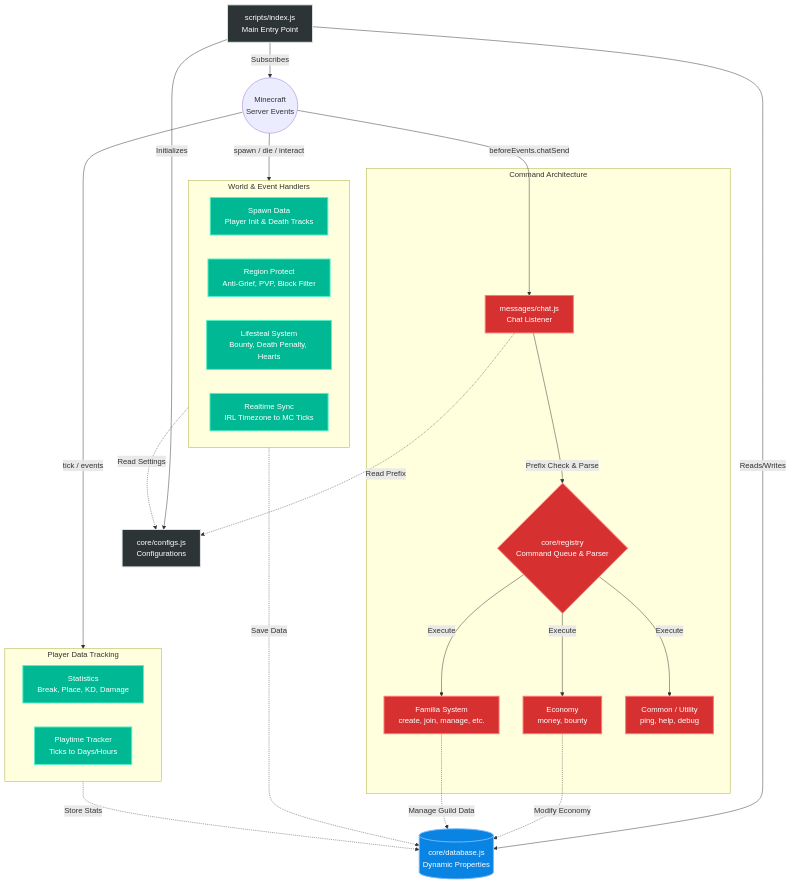
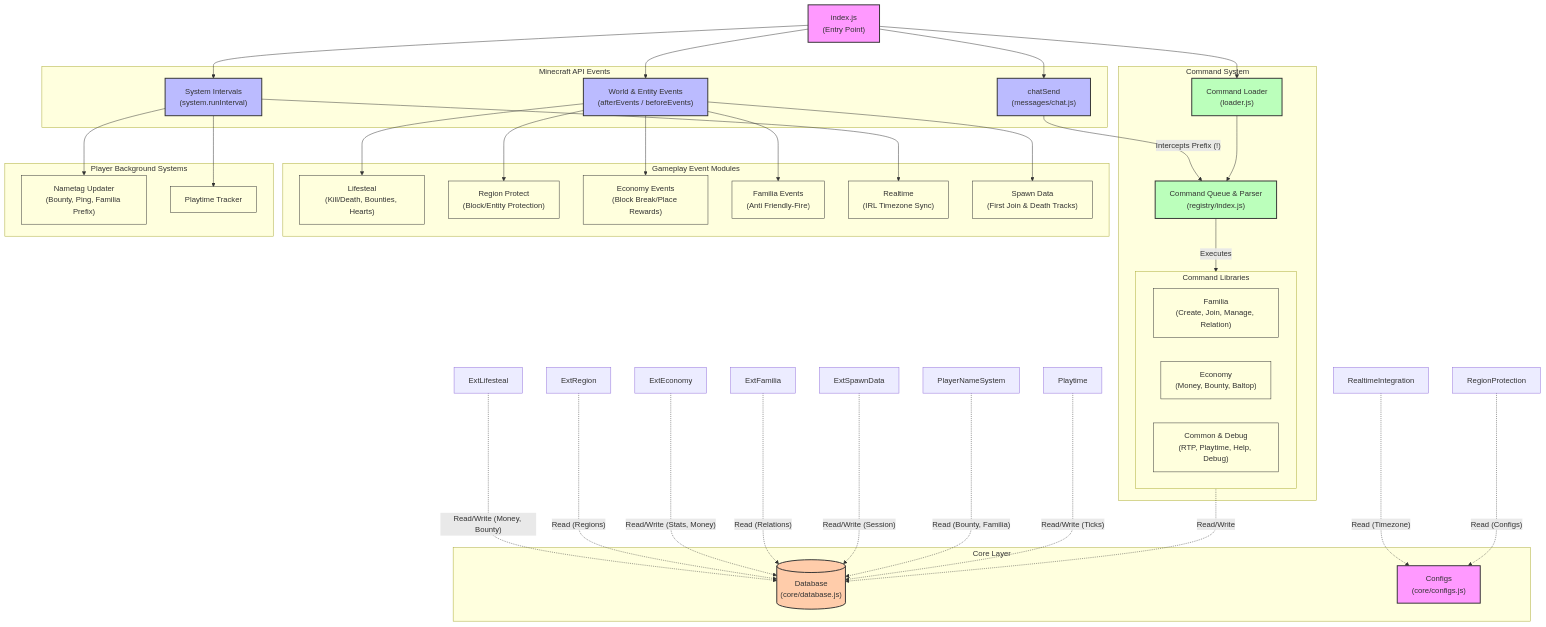
One commit to KuroReichi/insomnia changed the diagram in README.md. Above: the diagram before and after it, drawn with Mermaid. The commit also changed other lines of this file, not shown here.

Commit message:
Update code

````diff
--- a/README.md
+++ b/README.md
@@ -17,65 +22,91 @@
 ```mermaid
 graph TD
-    %% Core System
-    MC((Minecraft\nServer Events))
-    Index[scripts/index.js\nMain Entry Point]
-    DB[(core/database.js\nDynamic Properties)]
-    CFG[core/configs.js\nConfigurations]
+    %% Styling
+    classDef core fill:#f9f,stroke:#333,stroke-width:2px;
+    classDef db fill:#fca,stroke:#333,stroke-width:2px;
+    classDef event fill:#bbf,stroke:#333,stroke-width:2px;
+    classDef cmd fill:#bfb,stroke:#333,stroke-width:2px;
+    classDef module fill:#ffd,stroke:#333,stroke-width:1px;
 
-    %% Load Core
-    Index -->|Initializes| CFG
-    Index -->|Reads/Writes| DB
-    Index -->|Subscribes| MC
-
-    %% Event Modules
-    subgraph Event_Modules [World & Event Handlers]
-        Evt_Spawn[Spawn Data\nPlayer Init & Death Tracks]
-        Evt_Region[Region Protect\nAnti-Grief, PVP, Block Filter]
-        Evt_Lifesteal[Lifesteal System\nBounty, Death Penalty, Hearts]
-        Evt_Time[Realtime Sync\nIRL Timezone to MC Ticks]
+    %% --- CORE ---
+    subgraph CoreLayer ["Core Layer"]
+        DB[("Database\n(core/database.js)")]:::db
+        CFG["Configs\n(core/configs.js)"]:::core
     end
 
-    %% Data Trackers
-    subgraph Data_Trackers [Player Data Tracking]
-        Stat_Tracker[Statistics\nBreak, Place, KD, Damage]
-        Time_Tracker[Playtime Tracker\nTicks to Days/Hours]
+    %% --- ENTRY POINT ---
+    IDX["index.js\n(Entry Point)"]:::core
+    
+    %% --- MINECRAFT API EVENTS ---
+    subgraph MCApi ["Minecraft API Events"]
+        ChatEvt["chatSend\n(messages/chat.js)"]:::event
+        WorldEvt["World & Entity Events\n(afterEvents / beforeEvents)"]:::event
+        SysInt["System Intervals\n(system.runInterval)"]:::event
     end
 
-    MC -->|spawn / die / interact| Event_Modules
-    MC -->|tick / events| Data_Trackers
-
-    Event_Modules -.->|Save Data| DB
-    Data_Trackers -.->|Store Stats| DB
-    Event_Modules -.->|Read Settings| CFG
-
-    %% Command Engine
-    subgraph Command_System [Command Architecture]
-        Chat[messages/chat.js\nChat Listener]
-        CmdRegistry{core/registry\nCommand Queue & Parser}
-
-        Cmd_Eco[Economy\nmoney, bounty]
-        Cmd_Fam[Familia System\ncreate, join, manage, etc.]
-        Cmd_Misc[Common / Utility\nping, help, debug]
+    %% --- COMMAND SYSTEM ---
+    subgraph CmdSys ["Command System"]
+        CmdQueue["Command Queue & Parser\n(registry/index.js)"]:::cmd
+        CmdLoader["Command Loader\n(loader.js)"]:::cmd
+        
+        subgraph CmdLibs ["Command Libraries"]
+            CmdFam["Familia\n(Create, Join, Manage, Relation)"]:::module
+            CmdEco["Economy\n(Money, Bounty, Baltop)"]:::module
+            CmdCom["Common & Debug\n(RTP, Playtime, Help, Debug)"]:::module
+        end
     end
 
-    MC -->|beforeEvents.chatSend| Chat
-    Chat -->|Prefix Check & Parse| CmdRegistry
-    CmdRegistry -->|Execute| Cmd_Eco
-    CmdRegistry -->|Execute| Cmd_Fam
-    CmdRegistry -->|Execute| Cmd_Misc
+    %% --- GAMEPLAY EVENT MODULES ---
+    subgraph EventMods ["Gameplay Event Modules"]
+        ModLifesteal["Lifesteal\n(Kill/Death, Bounties, Hearts)"]:::module
+        ModRegion["Region Protect\n(Block/Entity Protection)"]:::module
+        ModEco["Economy Events\n(Block Break/Place Rewards)"]:::module
+        ModFam["Familia Events\n(Anti Friendly-Fire)"]:::module
+        ModRealtime["Realtime\n(IRL Timezone Sync)"]:::module
+        ModSpawn["Spawn Data\n(First Join & Death Tracks)"]:::module
+    end
 
-    Cmd_Eco -.->|Modify Economy| DB
-    Cmd_Fam -.->|Manage Guild Data| DB
-    Chat -.->|Read Prefix| CFG
+    %% --- PLAYER SYSTEMS ---
+    subgraph PlayerSys ["Player Background Systems"]
+        SysNametag["Nametag Updater\n(Bounty, Ping, Familia Prefix)"]:::module
+        SysPlaytime["Playtime Tracker"]:::module
+    end
 
-    %% Styling
-    classDef core fill:#2d3436,stroke:#dfe6e9,stroke-width:2px,color:#fff;
-    classDef db fill:#0984e3,stroke:#74b9ff,stroke-width:2px,color:#fff;
-    classDef event fill:#00b894,stroke:#55efc4,stroke-width:2px,color:#fff;
-    classDef cmd fill:#d63031,stroke:#ff7675,stroke-width:2px,color:#fff;
+    %% --- RELATIONSHIPS & FLOW ---
+    
+    %% Initialization
+    IDX --> ChatEvt
+    IDX --> WorldEvt
+    IDX --> SysInt
+    IDX --> CmdLoader
 
-    class Index,CFG core;
-    class DB db;
-    class Evt_Spawn,Evt_Region,Evt_Lifesteal,Evt_Time,Stat_Tracker,Time_Tracker event;
-    class Chat,CmdRegistry,Cmd_Eco,Cmd_Fam,Cmd_Misc cmd;
+    %% Chat to Commands Workflow
+    ChatEvt -- "Intercepts Prefix (!)" --> CmdQueue
+    CmdLoader --> CmdQueue
+    CmdQueue -- "Executes" --> CmdLibs
+    
+    %% World Events to Gameplay Modules Workflow
+    WorldEvt --> ModLifesteal
+    WorldEvt --> ModRegion
+    WorldEvt --> ModEco
+    WorldEvt --> ModFam
+    WorldEvt --> ModSpawn
+
+    %% System Intervals to Background Tasks Workflow
+    SysInt --> ModRealtime
+    SysInt --> SysNametag
+    SysInt --> SysPlaytime
+
+    %% Read/Write to Database
+    CmdLibs -. "Read/Write" .-> DB
+    ExtLifesteal -. "Read/Write (Money, Bounty)" .-> DB
+    ExtRegion -. "Read (Regions)" .-> DB
+    ExtEconomy -. "Read/Write (Stats, Money)" .-> DB
+    ExtFamilia -. "Read (Relations)" .-> DB
+    ExtSpawnData -. "Read/Write (Session)" .-> DB
+    PlayerNameSystem -. "Read (Bounty, Familia)" .-> DB
+    Playtime -. "Read/Write (Ticks)" .-> DB
+    
+    RealtimeIntegration -. "Read (Timezone)" .-> CFG
+    RegionProtection -. "Read (Configs)" .-> CFG
 ```
````
